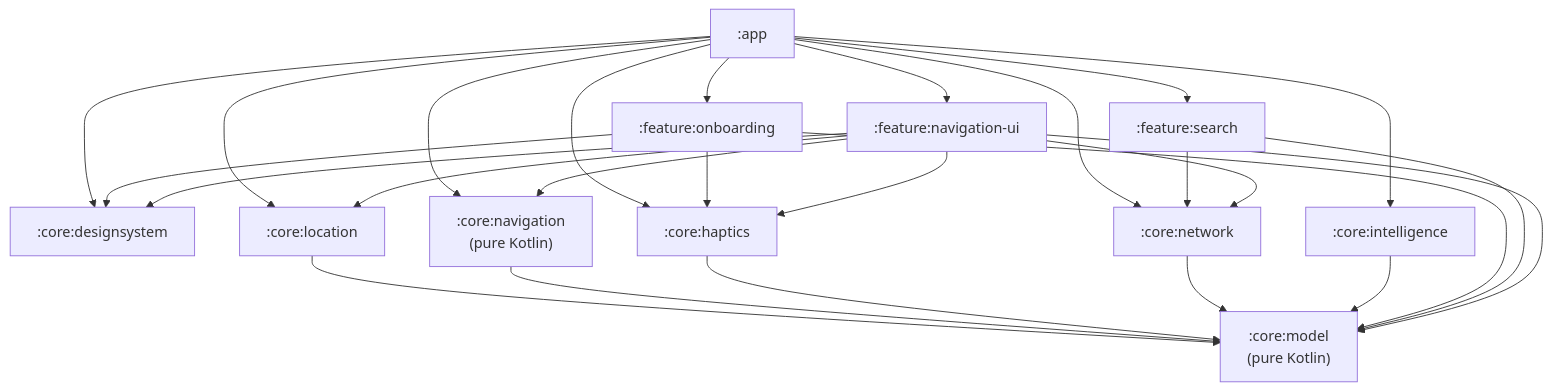
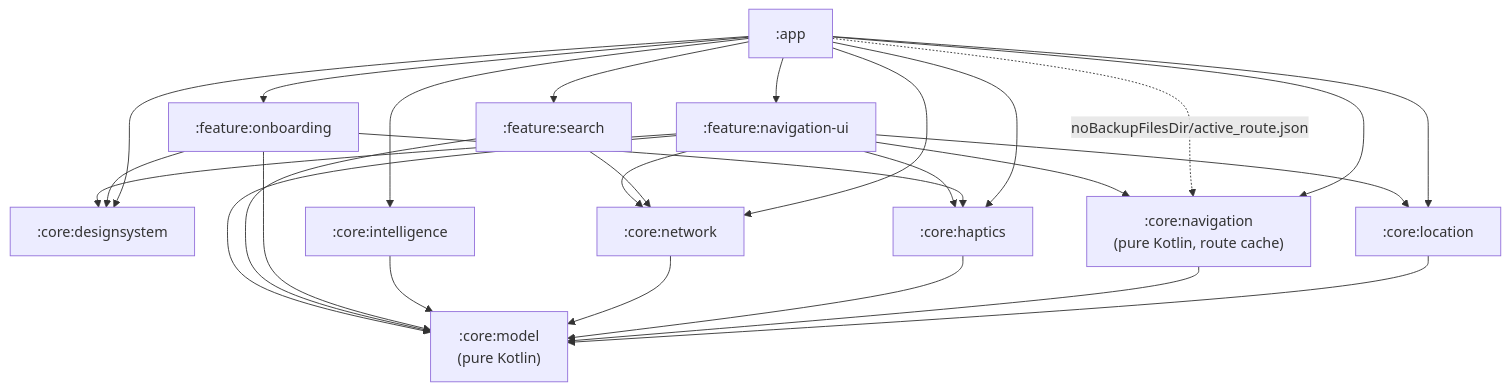
One commit to Xander-JS/haptiMap_watch changed the first of 6 diagrams in ARCHITECTURE.md. Above: the diagram before and after it, drawn with Mermaid. The commit also changed other lines of this file and 2 other files, not shown here.

````diff
--- a/ARCHITECTURE.md
+++ b/ARCHITECTURE.md
@@ -22,22 +22,23 @@
 ```mermaid
 graph TD
     app[":app"]
     onboarding[":feature:onboarding"]
     search[":feature:search"]
     navui[":feature:navigation-ui"]
     ds[":core:designsystem"]
     location[":core:location"]
-    navigation[":core:navigation<br/>(pure Kotlin)"]
+    navigation[":core:navigation<br/>(pure Kotlin, route cache)"]
     haptics[":core:haptics"]
     network[":core:network"]
     intelligence[":core:intelligence"]
     model[":core:model<br/>(pure Kotlin)"]
 
     app --> onboarding & search & navui & ds
     app --> location & navigation & haptics & network & intelligence
+    app -.->|"noBackupFilesDir/active_route.json"| navigation
     onboarding --> ds & haptics
     search --> network
     navui --> navigation & haptics & network & location & ds
     location & navigation & haptics & network & intelligence --> model
     onboarding & search & navui --> model
 ```
````
